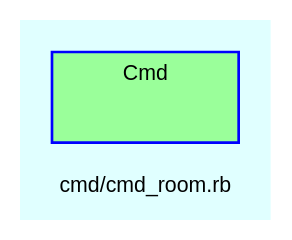
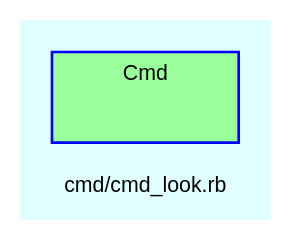
Before and after one commit to Tyche/teensymud: the diagram in doc/dot/f_43.dot, drawn with Graphviz. The commit also changed 154 other files, not shown here.

```diff
--- a/doc/dot/f_43.dot
+++ b/doc/dot/f_43.dot
@@ -1,29 +1,29 @@
 digraph TopLevel {
     compound = true
     bgcolor = lightcyan1
     fontname = Arial
     fontsize = 8
-    label = "cmd/cmd_room.rb"
+    label = "cmd/cmd_look.rb"
     node [
         fontname = Arial,
         fontsize = 8,
         color = black
     ]
 
     subgraph cluster_Cmd {
         fillcolor = palegreen1
         URL = "classes/Cmd.html"
         fontname = Arial
         color = blue
         label = "Cmd"
         style = filled
         Cmd [
             shape = plaintext,
             height = 0.01,
             width = 0.75,
             label = ""
         ]
 
     }
 
 }
```
